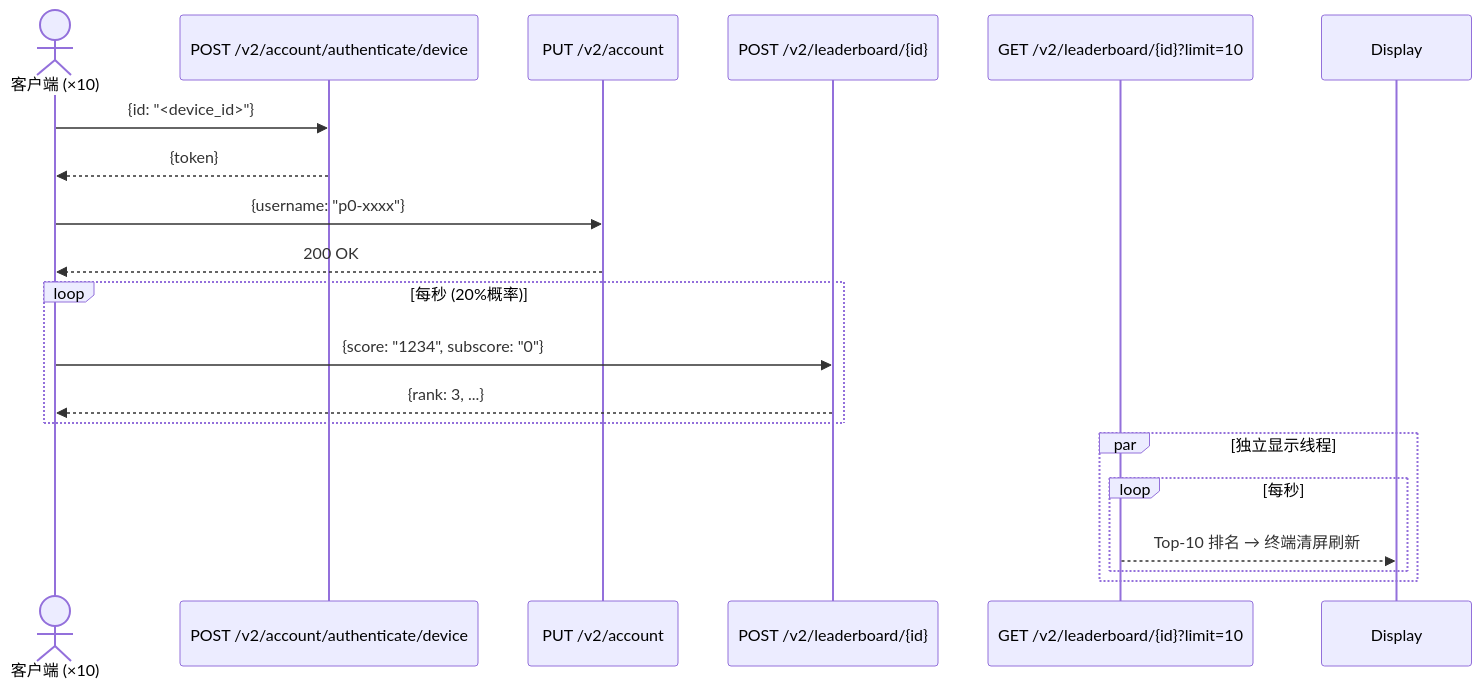
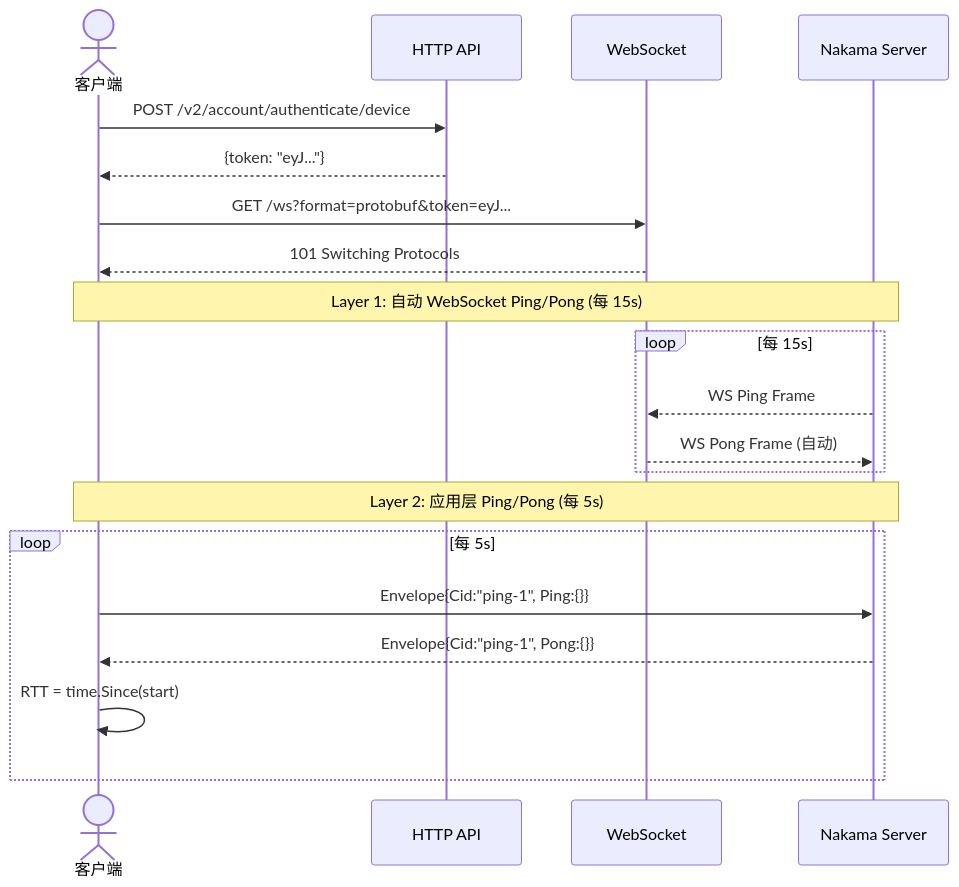
Before and after one commit to kindywu/nakama: the first of 5 diagrams in docs/examples.md, drawn with Mermaid. The commit also changed other lines of this file, not shown here.

````diff
--- a/docs/examples.md
+++ b/docs/examples.md
@@ -190,25 +139,26 @@
 ```mermaid
 sequenceDiagram
-    actor Client as 客户端 (×10)
-    participant Auth as POST /v2/account/authenticate/device
-    participant Update as PUT /v2/account
-    participant Write as POST /v2/leaderboard/{id}
-    participant Poll as GET /v2/leaderboard/{id}?limit=10
+    actor C as 客户端
+    participant API as HTTP API
+    participant WS as WebSocket
+    participant S as Nakama Server
 
-    Client->>Auth: {id: "<device_id>"}
-    Auth-->>Client: {token}
+    C->>API: POST /v2/account/authenticate/device
+    API-->>C: {token: "eyJ..."}
 
-    Client->>Update: {username: "p0-xxxx"}
-    Update-->>Client: 200 OK
+    C->>WS: GET /ws?format=protobuf&token=eyJ...
+    WS-->>C: 101 Switching Protocols
 
-    loop 每秒 (20%概率)
-        Client->>Write: {score: "1234", subscore: "0"}
-        Write-->>Client: {rank: 3, ...}
+    Note over C,S: Layer 1: 自动 WebSocket Ping/Pong (每 15s)
+    loop 每 15s
+        S-->>WS: WS Ping Frame
+        WS-->>S: WS Pong Frame (自动)
     end
 
-    par 独立显示线程
-        loop 每秒
-            Poll-->>Display: Top-10 排名 → 终端清屏刷新
-        end
+    Note over C,S: Layer 2: 应用层 Ping/Pong (每 5s)
+    loop 每 5s
+        C->>S: Envelope{Cid:"ping-1", Ping:{}}
+        S-->>C: Envelope{Cid:"ping-1", Pong:{}}
+        C->>C: RTT = time.Since(start)
     end
 ```
````
